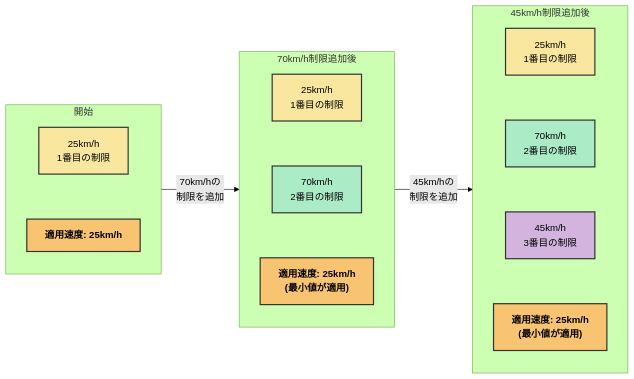
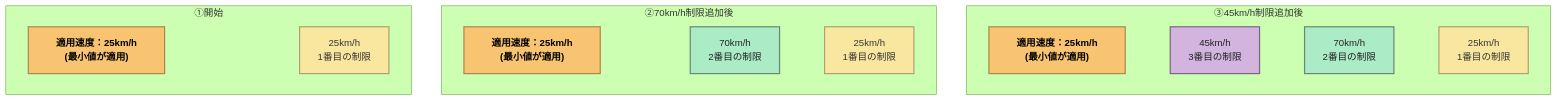
The diagram in mod-usage/ats-assist-mod.md (Builder256/RTM-Wiki), drawn with Mermaid (forest theme) before and after one commit.

Commit message:
グラフを更新

````diff
--- a/mod-usage/ats-assist-mod.md
+++ b/mod-usage/ats-assist-mod.md
@@ -77,76 +77,41 @@
 ```mermaid
 
-graph LR
-    %% 状態の定義: 制限の追加過程
-    subgraph 開始
-        A["25km/h<br>1番目の制限"] 
-        ANote["適用速度: 25km/h"]
-        A --- ANote
+graph TB
+    subgraph "③45km/h制限追加後"
+        D["25km/h<br>1番目の制限"]
+        E["70km/h<br>2番目の制限"]
+        F["45km/h<br>3番目の制限"]
+        DNote["&emsp;適用速度：25km/h&emsp;<br>(最小値が適用)"]
+         E --- D
+         F --- E
+         DNote --- F
     end
     
-    subgraph 70km/h制限追加後
+    subgraph "②70km/h制限追加後"
+        C["70km/h<br>2番目の制限"]
         B["25km/h<br>1番目の制限"] 
-        C["70km/h<br>2番目の制限"]
-        BNote["適用速度: 25km/h<br>(最小値が適用)"]
-        B --- C
-        C --- BNote
+        BNote["&emsp;適用速度：25km/h&emsp;<br>(最小値が適用)"]
+         C --- B
+         BNote ---- C
 
     end
     
-    subgraph 45km/h制限追加後
-        D["25km/h<br>1番目の制限"]
-        E["70km/h<br>2番目の制限"]
-        F["45km/h<br>3番目の制限"]
-        DNote["適用速度: 25km/h<br>(最小値が適用)"]
-        D --- E
-        E --- F
-        F --- DNote
+    subgraph "①開始"
+        ANote["&emsp;適用速度：25km/h&emsp;<br>(最小値が適用)"]
+        A["25km/h<br>1番目の制限"] 
+         ANote ----- A
     end
-
-    開始 -->|"70km/hの<br>制限を追加"| 70km/h制限追加後
-    70km/h制限追加後 -->|"45km/hの<br>制限を追加"| 45km/h制限追加後
-
-    linkStyle 0,1,2,3,4,5 display:none
-
-    %% A --- B
-    %% B --- D
-    %% C --- E
-
-    %% 状態の定義: 制限の解除過程
-    %% subgraph "1回目の解除後（1番目を削除）"
-    %%     G["70km/h<br>1番目の制限"]
-    %%     H["45km/h<br>2番目の制限"]
-    %%     GNote["適用速度: 45km/h<br>(最小値が適用)"]
-    %% end
-
-    %% subgraph "2回目の解除後（新1番目を削除）"
-    %%     I["45km/h<br>1番目の制限"]
-    %%     INote["適用速度: 45km/h"]
-    %% end
-
-    %% subgraph "3回目の解除後（全て削除）"
-    %%     J["制限なし<br><br>適用速度: 無制限"]
-    %% end
     
-    %% 解除の矢印と説明
-    %% D & E & F -->|"1回目の解除<br>(最古の25km/hを削除)"| G & H
-    %% G & H --> GNote
-    %% G & H -->|"2回目の解除<br>(最古の70km/hを削除)"| I
-    %% I --> INote
-    %% I -->|"3回目の解除<br>(最後の45km/hを削除)"| J
-    
+     linkStyle 0,1,2,3,4,5 display:none
+     
     %% スタイル設定
-    classDef original fill:#f9e79f,stroke:#333,stroke-width:2px
-    classDef added1 fill:#abebc6,stroke:#333,stroke-width:2px
-    classDef added2 fill:#d2b4de,stroke:#333,stroke-width:2px
-    classDef result fill:#f8c471,stroke:#333,stroke-width:2px,font-weight:bold
-    classDef removal fill:#fadbd8,stroke:#333,stroke-width:2px
-    classDef final fill:#d5dbdb,stroke:#333,stroke-width:2px
-    classDef none fill: transparent
+    classDef original fill:#f9e79f,stroke:#ada171,stroke-width:2px, color:#333
+    classDef added1 fill:#abebc6,stroke:#658a74,stroke-width:2px, color:#222
+    classDef added2 fill:#d2b4de,stroke:#796780,stroke-width:2px, color:#222
+    classDef result fill:#f8c471,stroke:#ab874d,stroke-width:2px,font-weight:bold, color:#000
     
     class A,B,D original
-    class C,E,G added1
-    class F,H,I added2
-    class ANote,BNote,DNote,GNote,INote result
-    class J final
+    class C,E, added1
+    class F added2
+    class ANote,BNote,DNote result
 ```
````
